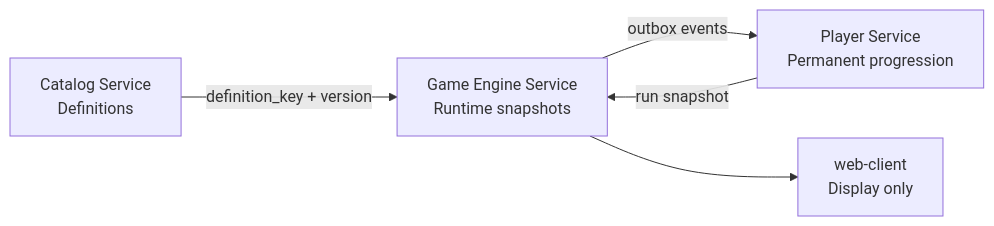
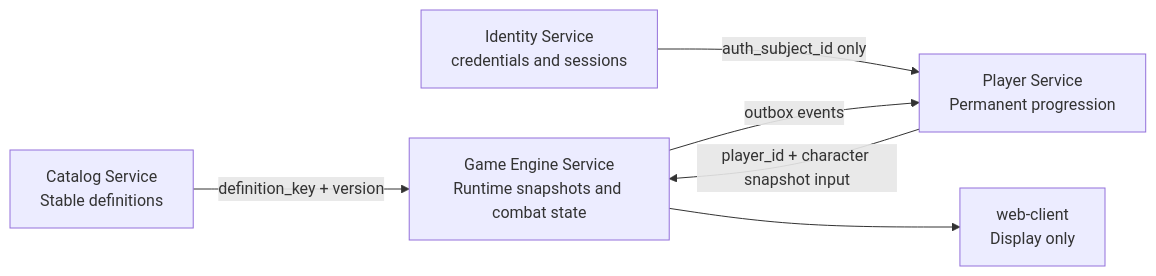
The diagram in docs/data-model/00-data-model-0.1-overview.md (ThomasZadikian/lepopee-des-silences), drawn with Mermaid before and after one commit. The commit also changed other lines of this file and 12 other files, not shown here.

````diff
--- a/docs/data-model/00-data-model-0.1-overview.md
+++ b/docs/data-model/00-data-model-0.1-overview.md
@@ -39,7 +59,8 @@
 ```mermaid
 flowchart LR
-    Catalog[Catalog Service<br/>Definitions] -->|definition_key + version| GameEngine[Game Engine Service<br/>Runtime snapshots]
-    Player[Player Service<br/>Permanent progression] -->|run snapshot| GameEngine
+    Catalog[Catalog Service<br/>Stable definitions] -->|definition_key + version| GameEngine[Game Engine Service<br/>Runtime snapshots and combat state]
+    Player[Player Service<br/>Permanent progression] -->|player_id + character snapshot input| GameEngine
+    Identity[Identity Service<br/>credentials and sessions] -->|auth_subject_id only| Player
     GameEngine -->|outbox events| Player
     GameEngine --> Frontend[web-client<br/>Display only]
 ```
````
